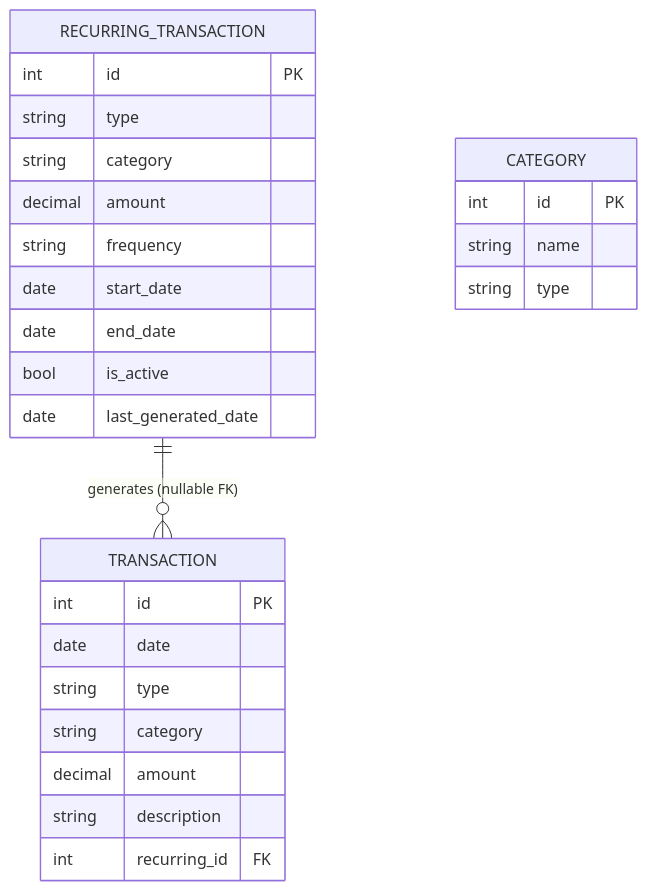
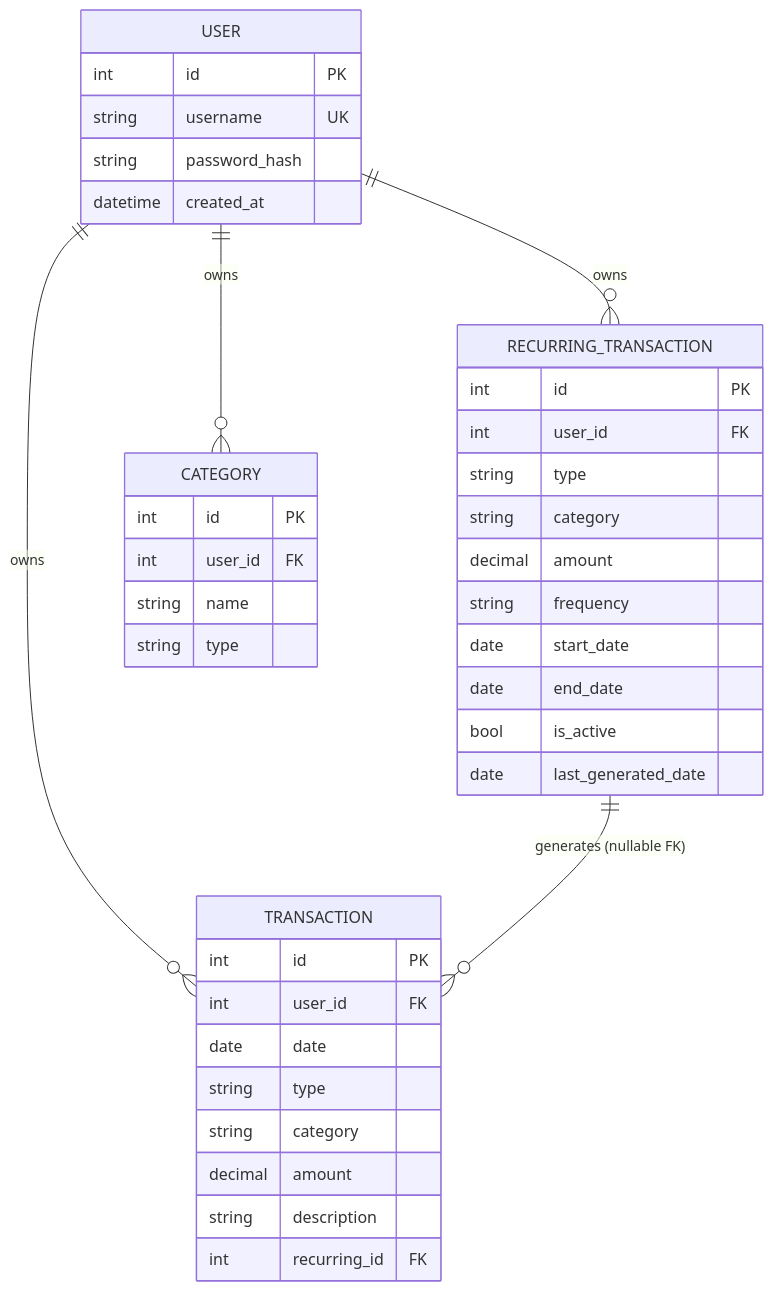
One commit to antoniomf97/fintracker changed the second of 2 diagrams in ARCHITECTURE.md. Above: the diagram before and after it, drawn with Mermaid. The commit also changed other lines of this file and 34 other files, not shown here.

````diff
--- a/ARCHITECTURE.md
+++ b/ARCHITECTURE.md
@@ -48,29 +59,41 @@
 ```mermaid
 erDiagram
+    USER ||--o{ TRANSACTION : owns
+    USER ||--o{ RECURRING_TRANSACTION : owns
+    USER ||--o{ CATEGORY : owns
     RECURRING_TRANSACTION ||--o{ TRANSACTION : "generates (nullable FK)"
+    USER {
+        int id PK
+        string username UK
+        string password_hash
+        datetime created_at
+    }
     TRANSACTION {
         int id PK
+        int user_id FK
         date date
         string type
         string category
         decimal amount
         string description
         int recurring_id FK
     }
     RECURRING_TRANSACTION {
         int id PK
+        int user_id FK
         string type
         string category
         decimal amount
         string frequency
         date start_date
         date end_date
         bool is_active
         date last_generated_date
     }
     CATEGORY {
         int id PK
+        int user_id FK
         string name
         string type
     }
 ```
````
